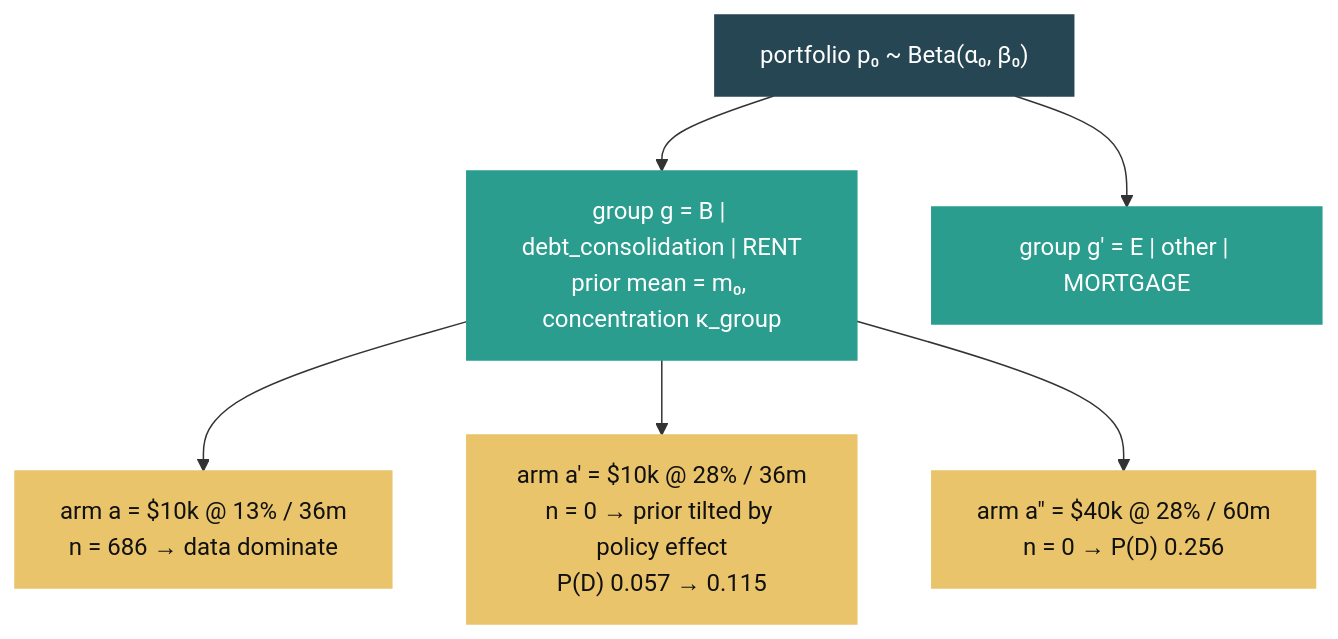
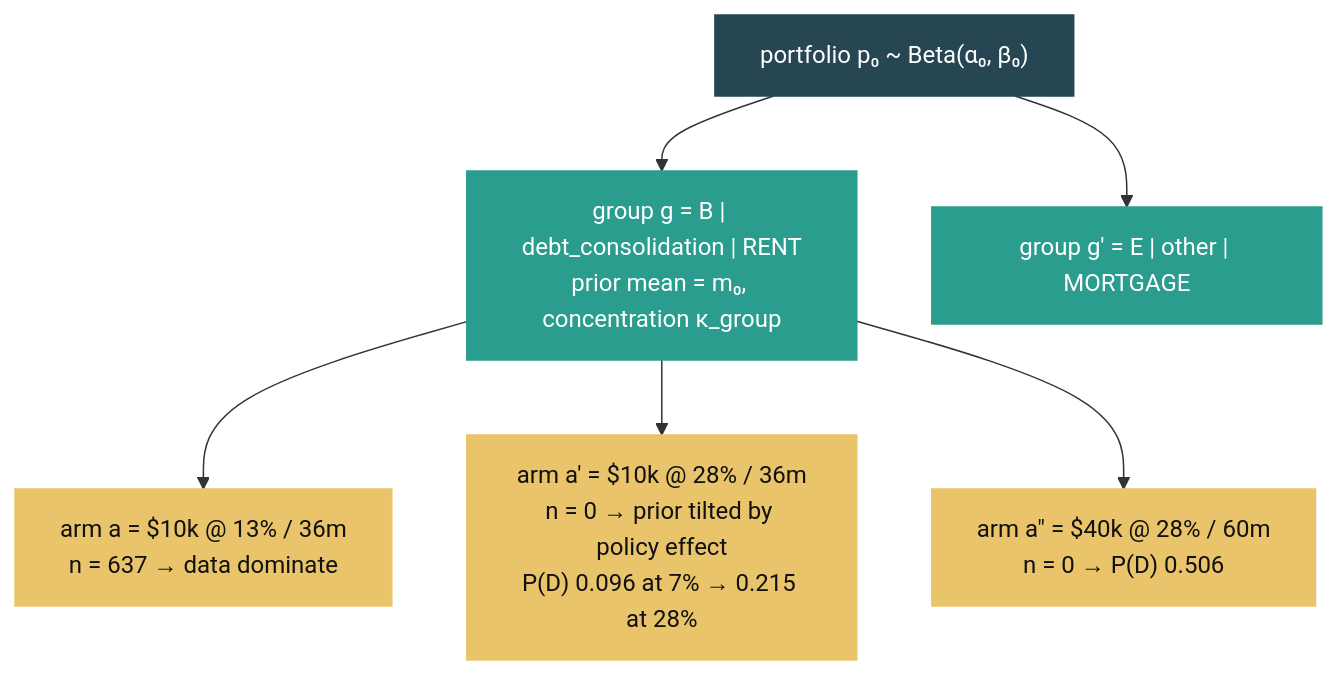
The sixth of 11 diagrams in README.md (mistiusiu/bayesian-credit), drawn with Mermaid before and after one commit. The commit also changed other lines of this file and 1 other file, not shown here.

````diff
--- a/README.md
+++ b/README.md
@@ -152,17 +152,17 @@
 ```mermaid
 flowchart TD
     classDef lvl0 fill:#264653,color:#fff,stroke:#264653
     classDef lvl1 fill:#2a9d8f,color:#fff,stroke:#2a9d8f
     classDef lvl2 fill:#e9c46a,color:#111,stroke:#e9c46a
     P0["portfolio  p₀ ~ Beta(α₀, β₀)"]:::lvl0
     G1["group g = B | debt_consolidation | RENT<br/>prior mean = m₀, concentration κ_group"]:::lvl1
     G2["group g′ = E | other | MORTGAGE"]:::lvl1
-    L1["arm a = $10k @ 13% / 36m<br/>n = 686 → data dominate"]:::lvl2
-    L2["arm a′ = $10k @ 28% / 36m<br/>n = 0 → prior tilted by policy effect<br/>P(D) 0.057 → 0.115"]:::lvl2
-    L3["arm a″ = $40k @ 28% / 60m<br/>n = 0 → P(D) 0.256"]:::lvl2
+    L1["arm a = $10k @ 13% / 36m<br/>n = 637 → data dominate"]:::lvl2
+    L2["arm a′ = $10k @ 28% / 36m<br/>n = 0 → prior tilted by policy effect<br/>P(D) 0.096 at 7% → 0.215 at 28%"]:::lvl2
+    L3["arm a″ = $40k @ 28% / 60m<br/>n = 0 → P(D) 0.506"]:::lvl2
     P0 --> G1
     P0 --> G2
     G1 --> L1
     G1 --> L2
     G1 --> L3
 ```
````
